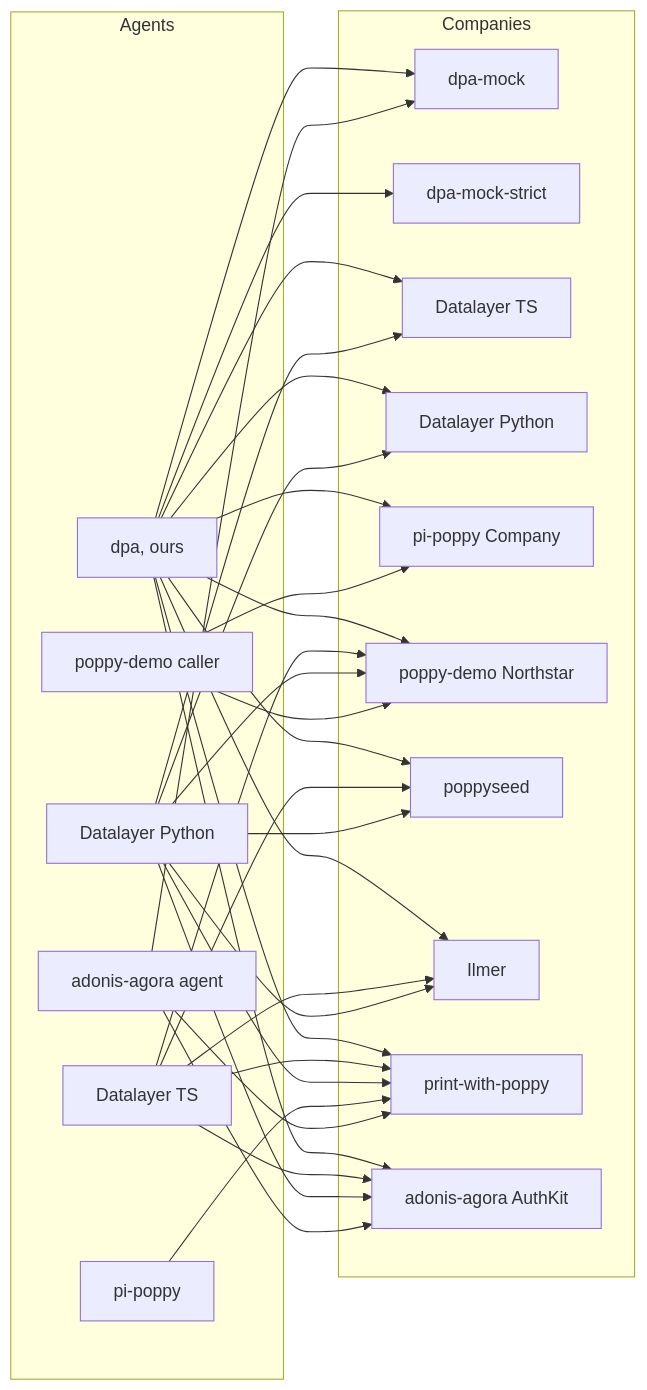
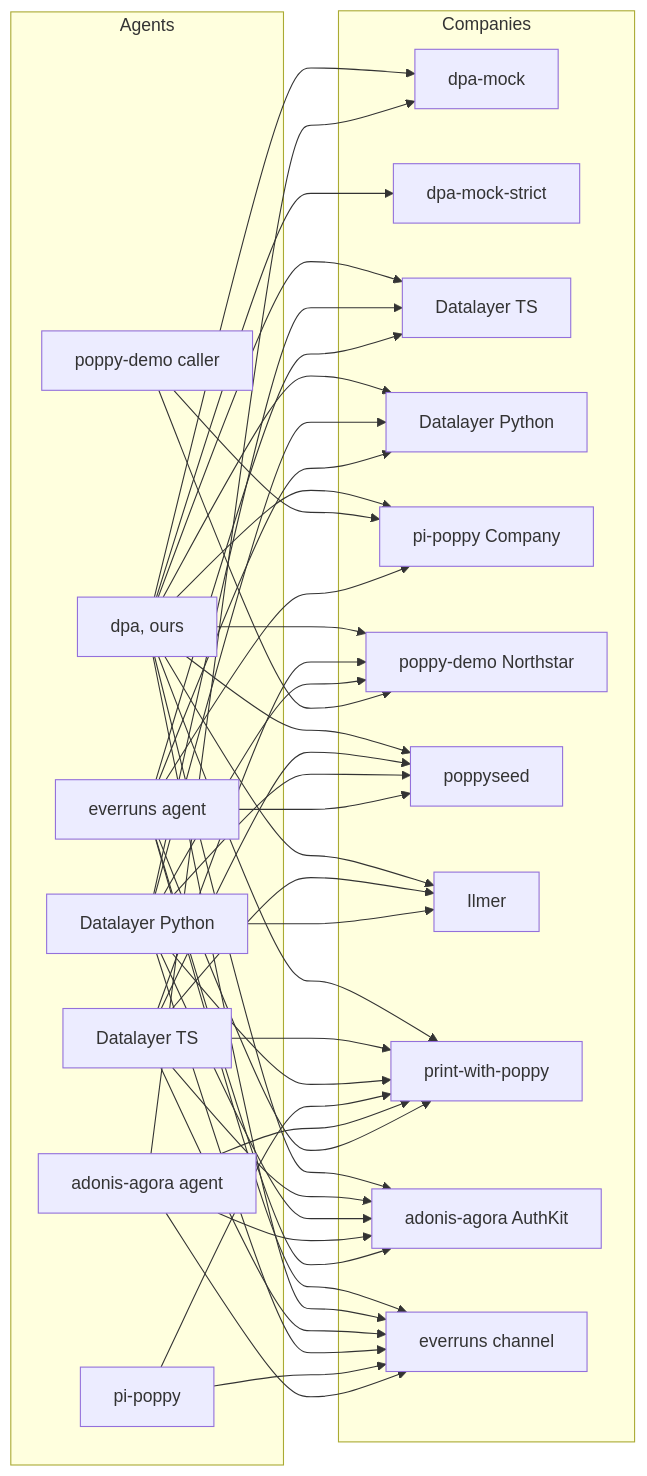
Before and after one commit to adewale/pda: the diagram in docs/ecosystem.md, drawn with Mermaid. The commit also changed other lines of this file and 19 other files, not shown here.

````diff
--- a/docs/ecosystem.md
+++ b/docs/ecosystem.md
@@ -153,29 +164,33 @@
 ```mermaid
 flowchart LR
   subgraph Agents
     dpa[dpa, ours]
     dlts[Datalayer TS]
     dlpy[Datalayer Python]
     pi[pi-poppy]
     demo[poppy-demo caller]
     adonis[adonis-agora agent]
+    evag[everruns agent]
   end
   subgraph Companies
     mock[dpa-mock]
     strict[dpa-mock-strict]
     mts[Datalayer TS]
     mpy[Datalayer Python]
     pico[pi-poppy Company]
     north[poppy-demo Northstar]
     seed[poppyseed]
     ilmer[Ilmer]
     pwp[print-with-poppy]
     authkit[adonis-agora AuthKit]
+    evco[everruns channel]
   end
   dpa --> mock & strict & mts & mpy & pico & north & seed & ilmer & pwp & authkit
   dlts --> north & seed & ilmer & pwp & authkit
   dlpy --> mts & mpy & north & seed & ilmer & pwp & authkit
   pi --> pwp
   demo --> pico & north
   adonis --> mock & pwp & authkit
+  evag --> mts & mpy & pico & seed & pwp & authkit & evco
+  dpa & dlts & dlpy & pi & adonis --> evco
 ```
````
